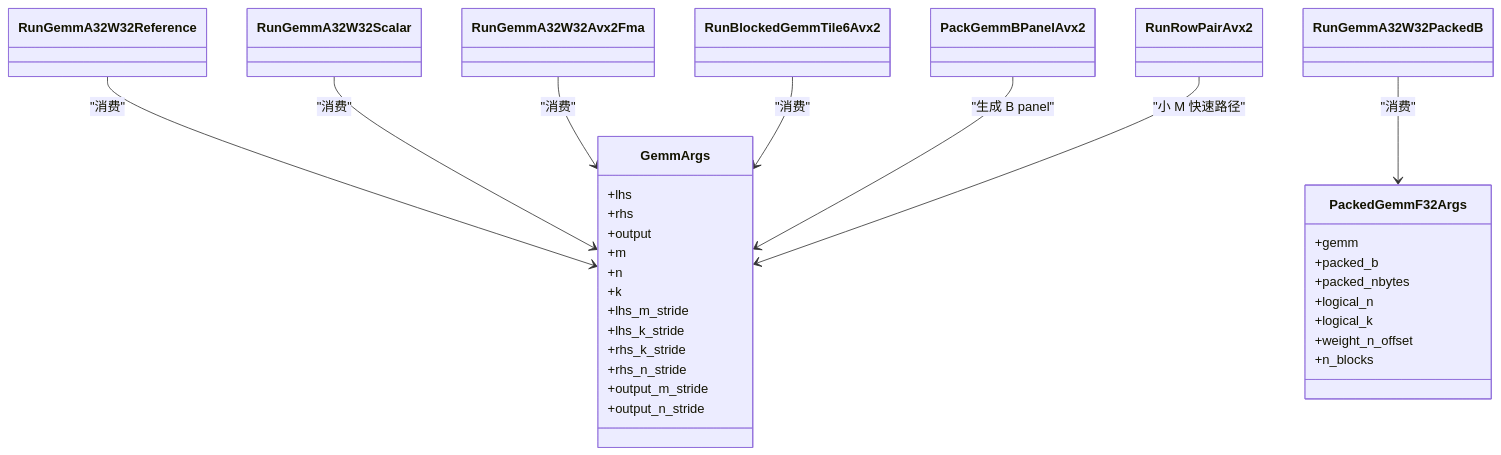
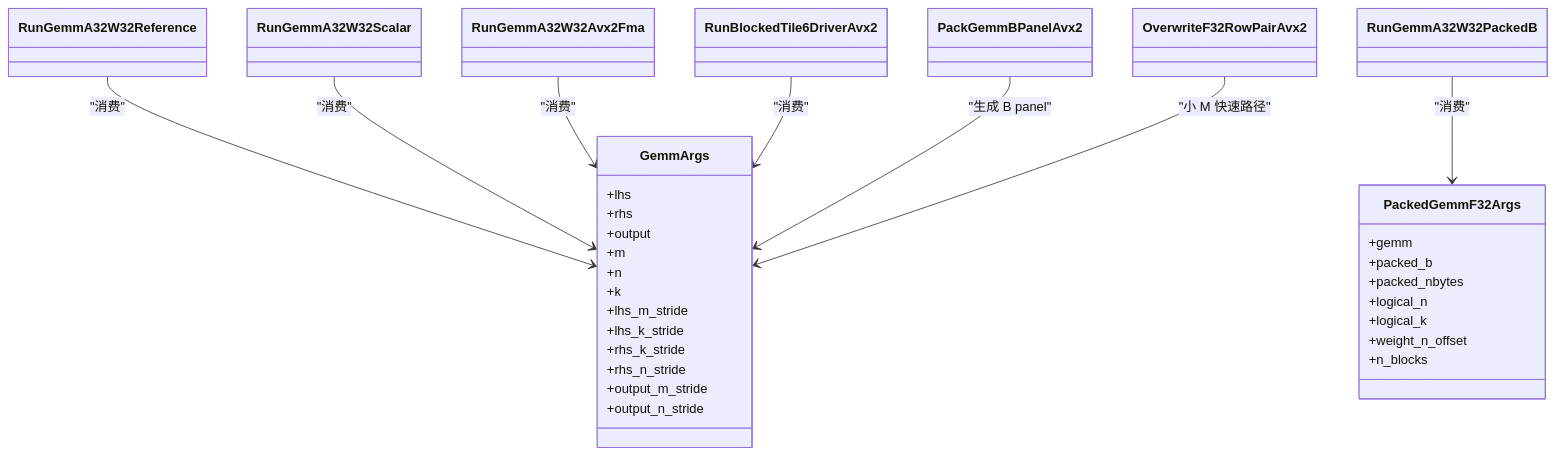
The fourth of 5 diagrams in docs/handbook/算子系统/SIMD 优化内核.md (fengjiran/AetherMind), drawn with Mermaid before and after one commit. The commit also changed other lines of this file and 3 other files, not shown here.

Commit message:
docs(gemm): align handbooks with the AVX2 dispatch refactor

````diff
--- a/docs/handbook/算子系统/SIMD 优化内核.md
+++ b/docs/handbook/算子系统/SIMD 优化内核.md
@@ -198,43 +198,43 @@
 ```mermaid
 classDiagram
     class GemmArgs {
         +lhs
         +rhs
         +output
         +m
         +n
         +k
         +lhs_m_stride
         +lhs_k_stride
         +rhs_k_stride
         +rhs_n_stride
         +output_m_stride
         +output_n_stride
     }
 
     class PackedGemmF32Args {
         +gemm
         +packed_b
         +packed_nbytes
         +logical_n
         +logical_k
         +weight_n_offset
         +n_blocks
     }
 
     class RunGemmA32W32Reference
     class RunGemmA32W32Scalar
     class RunGemmA32W32Avx2Fma
     class RunGemmA32W32PackedB
     class PackGemmBPanelAvx2
-    class RunRowPairAvx2
-    class RunBlockedGemmTile6Avx2
+    class OverwriteF32RowPairAvx2
+    class RunBlockedTile6DriverAvx2
 
     RunGemmA32W32Reference --> GemmArgs : "消费"
     RunGemmA32W32Scalar --> GemmArgs : "消费"
     RunGemmA32W32Avx2Fma --> GemmArgs : "消费"
     RunGemmA32W32PackedB --> PackedGemmF32Args : "消费"
-    RunBlockedGemmTile6Avx2 --> GemmArgs : "消费"
+    RunBlockedTile6DriverAvx2 --> GemmArgs : "消费"
     PackGemmBPanelAvx2 --> GemmArgs : "生成 B panel"
-    RunRowPairAvx2 --> GemmArgs : "小 M 快速路径"
+    OverwriteF32RowPairAvx2 --> GemmArgs : "小 M 快速路径"
 ```
````
